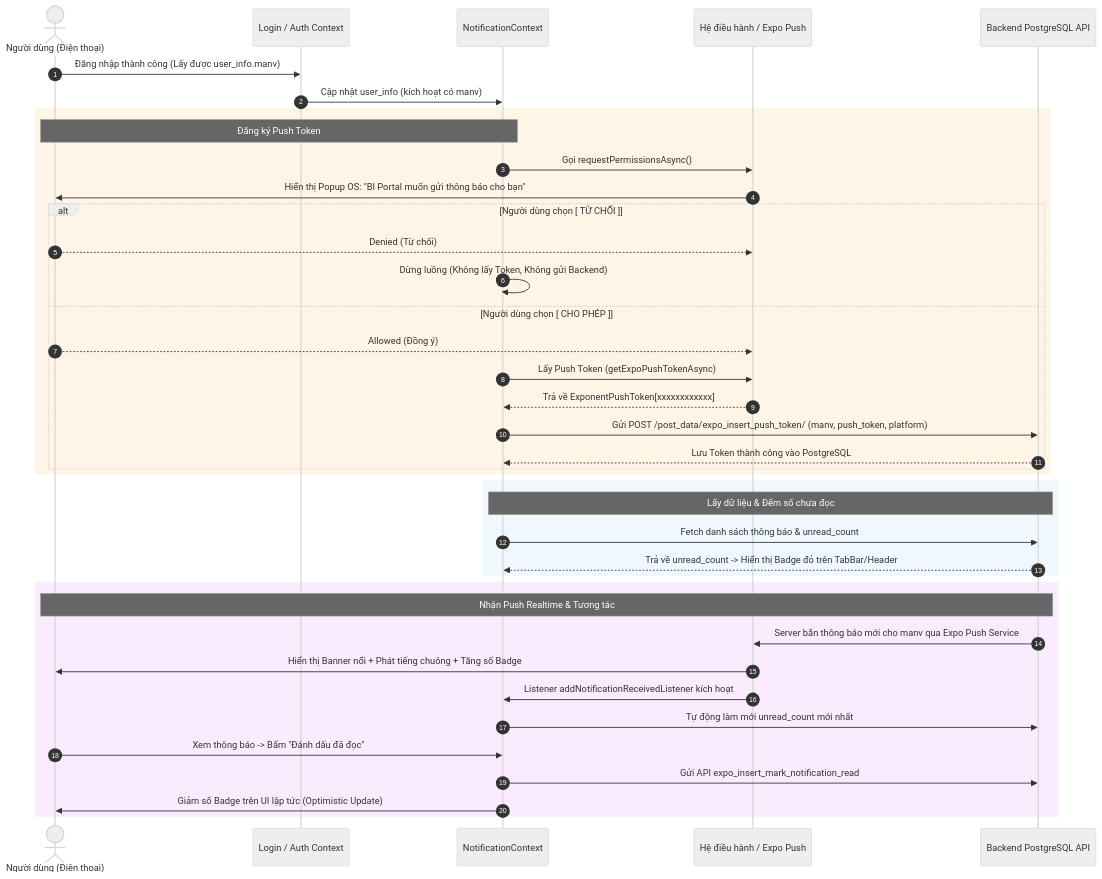
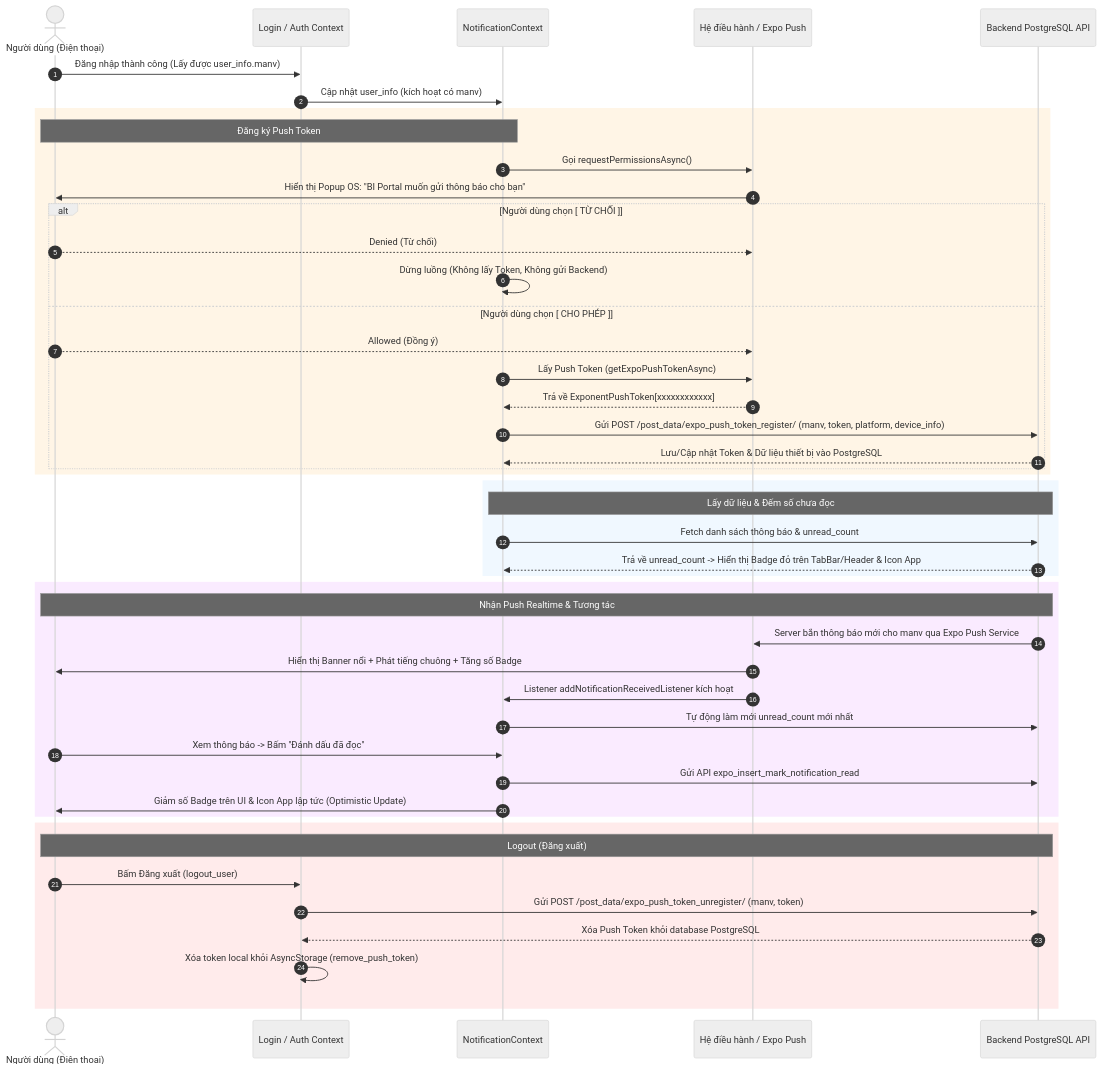
The second of 3 diagrams in md/implementation_OTA.md (duyvanda/fontendapp), drawn with Mermaid (neutral theme) before and after one commit. The commit also changed other lines of this file and 7 other files, not shown here.

````diff
--- a/md/implementation_OTA.md
+++ b/md/implementation_OTA.md
@@ -63,46 +63,54 @@
 ```mermaid
 sequenceDiagram
     autonumber
     actor User as Người dùng (Điện thoại)
     participant Auth as Login / Auth Context
     participant NotiCtx as NotificationContext
     participant ExpoNoti as Hệ điều hành / Expo Push
     participant Backend as Backend PostgreSQL API
 
     User->>Auth: Đăng nhập thành công (Lấy được user_info.manv)
     Auth->>NotiCtx: Cập nhật user_info (kích hoạt có manv)
     
     rect rgb(255, 245, 230)
         Note over User, NotiCtx: Đăng ký Push Token
         NotiCtx->>ExpoNoti: Gọi requestPermissionsAsync()
         ExpoNoti->>User: Hiển thị Popup OS: "BI Portal muốn gửi thông báo cho bạn"
         
         alt Người dùng chọn [ TỪ CHỐI ]
             User-->>ExpoNoti: Denied (Từ chối)
             NotiCtx->>NotiCtx: Dừng luồng (Không lấy Token, Không gửi Backend)
         else Người dùng chọn [ CHO PHÉP ]
             User-->>ExpoNoti: Allowed (Đồng ý)
             NotiCtx->>ExpoNoti: Lấy Push Token (getExpoPushTokenAsync)
             ExpoNoti-->>NotiCtx: Trả về ExponentPushToken[xxxxxxxxxxxx]
-            NotiCtx->>Backend: Gửi POST /post_data/expo_insert_push_token/ (manv, push_token, platform)
-            Backend-->>NotiCtx: Lưu Token thành công vào PostgreSQL
+            NotiCtx->>Backend: Gửi POST /post_data/expo_push_token_register/ (manv, token, platform, device_info)
+            Backend-->>NotiCtx: Lưu/Cập nhật Token & Dữ liệu thiết bị vào PostgreSQL
         end
     end
 
     rect rgb(240, 248, 255)
         Note over NotiCtx, Backend: Lấy dữ liệu & Đếm số chưa đọc
         NotiCtx->>Backend: Fetch danh sách thông báo & unread_count
-        Backend-->>NotiCtx: Trả về unread_count -> Hiển thị Badge đỏ trên TabBar/Header
+        Backend-->>NotiCtx: Trả về unread_count -> Hiển thị Badge đỏ trên TabBar/Header & Icon App
     end
 
     rect rgb(250, 235, 255)
         Note over User, Backend: Nhận Push Realtime & Tương tác
         Backend->>ExpoNoti: Server bắn thông báo mới cho manv qua Expo Push Service
         ExpoNoti->>User: Hiển thị Banner nổi + Phát tiếng chuông + Tăng số Badge
         ExpoNoti->>NotiCtx: Listener addNotificationReceivedListener kích hoạt
         NotiCtx->>Backend: Tự động làm mới unread_count mới nhất
         User->>NotiCtx: Xem thông báo -> Bấm "Đánh dấu đã đọc"
         NotiCtx->>Backend: Gửi API expo_insert_mark_notification_read
-        NotiCtx->>User: Giảm số Badge trên UI lập tức (Optimistic Update)
+        NotiCtx->>User: Giảm số Badge trên UI & Icon App lập tức (Optimistic Update)
+    end
+
+    rect rgb(255, 235, 235)
+        Note over User, Backend: Logout (Đăng xuất)
+        User->>Auth: Bấm Đăng xuất (logout_user)
+        Auth->>Backend: Gửi POST /post_data/expo_push_token_unregister/ (manv, token)
+        Backend-->>Auth: Xóa Push Token khỏi database PostgreSQL
+        Auth->>Auth: Xóa token local khỏi AsyncStorage (remove_push_token)
     end
 ```
````
